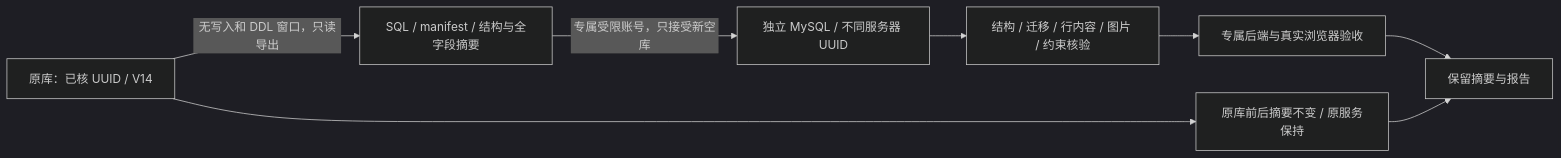
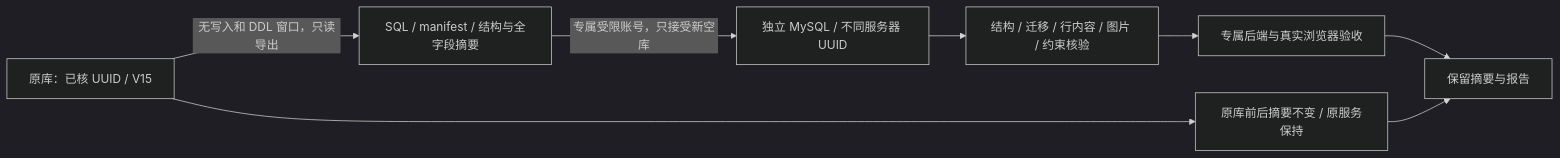
The second of 2 diagrams in docs/architecture.md (GTASDAW/MYCODE), drawn with Mermaid (dark theme) before and after one commit. The commit also changed other lines of this file and 101 other files, not shown here.

````diff
--- a/docs/architecture.md
+++ b/docs/architecture.md
@@ -263,10 +273,10 @@
 ```mermaid
 flowchart LR
-    S[原库：已核 UUID / V14] -->|无写入和 DDL 窗口，只读导出| P[SQL / manifest / 结构与全字段摘要]
+    S[原库：已核 UUID / V15] -->|无写入和 DDL 窗口，只读导出| P[SQL / manifest / 结构与全字段摘要]
     P -->|专属受限账号，只接受新空库| T[独立 MySQL / 不同服务器 UUID]
     T --> V[结构 / 迁移 / 行内容 / 图片 / 约束核验]
     V --> A[专属后端与真实浏览器验收]
     S --> C[原库前后摘要不变 / 原服务保持]
     A --> R[保留摘要与报告]
     C --> R
 ```
````
